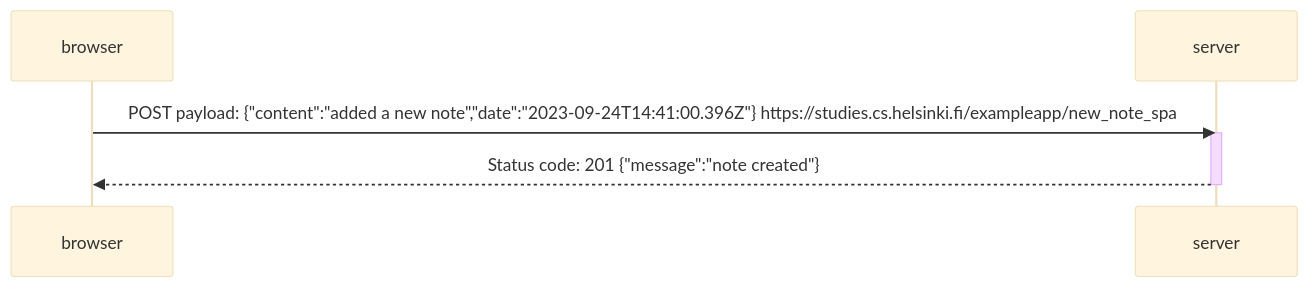
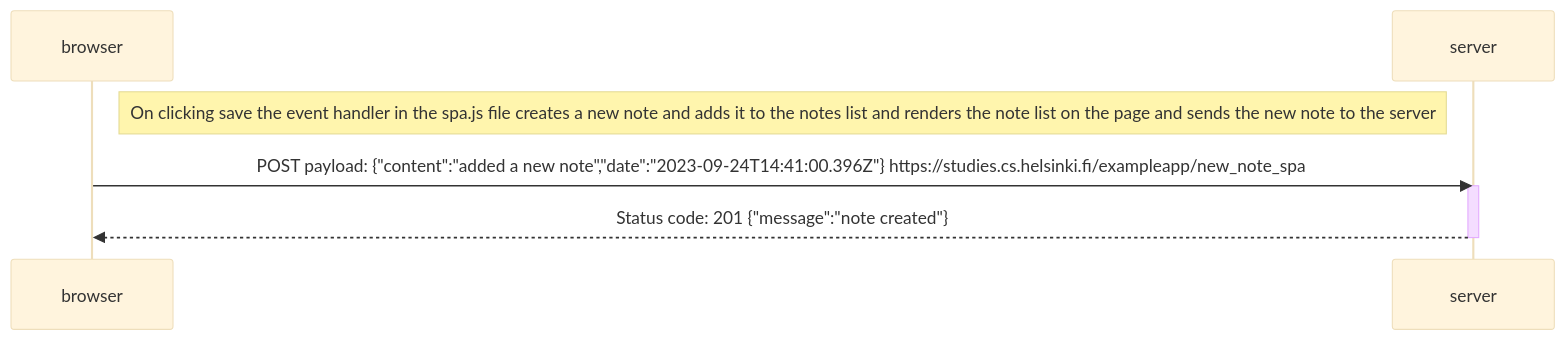
Before and after one commit to priyanshudhariwal/fullstackopen: the diagram in part0/newnoteinspa/spadiag.md, drawn with Mermaid (base theme).

Commit message:
finished exercise 0.6

````diff
--- a/part0/newnoteinspa/spadiag.md
+++ b/part0/newnoteinspa/spadiag.md
@@ -1,14 +1,16 @@
 ```mermaid
     sequenceDiagram
     
     participant browser
     participant server
 
+    Note right of browser: On clicking save the event handler in the spa.js file creates a new note and adds it to the notes list and renders the note list on the page and sends the new note to the server
+
     browser->>server: POST payload: {"content":"added a new note","date":"2023-09-24T14:41:00.396Z"} https://studies.cs.helsinki.fi/exampleapp/new_note_spa
     activate server
     server-->>browser: Status code: 201 {"message":"note created"}
     deactivate server
 
-    
+
 
 ```
````
